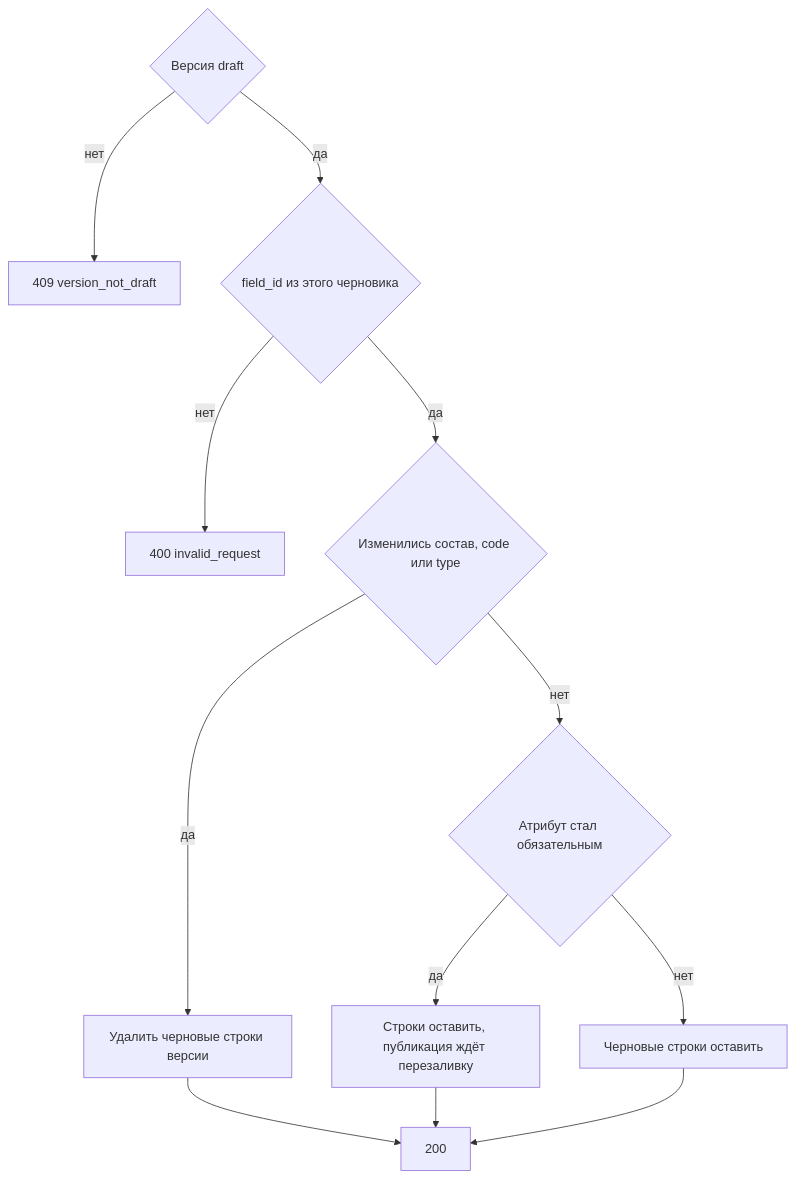
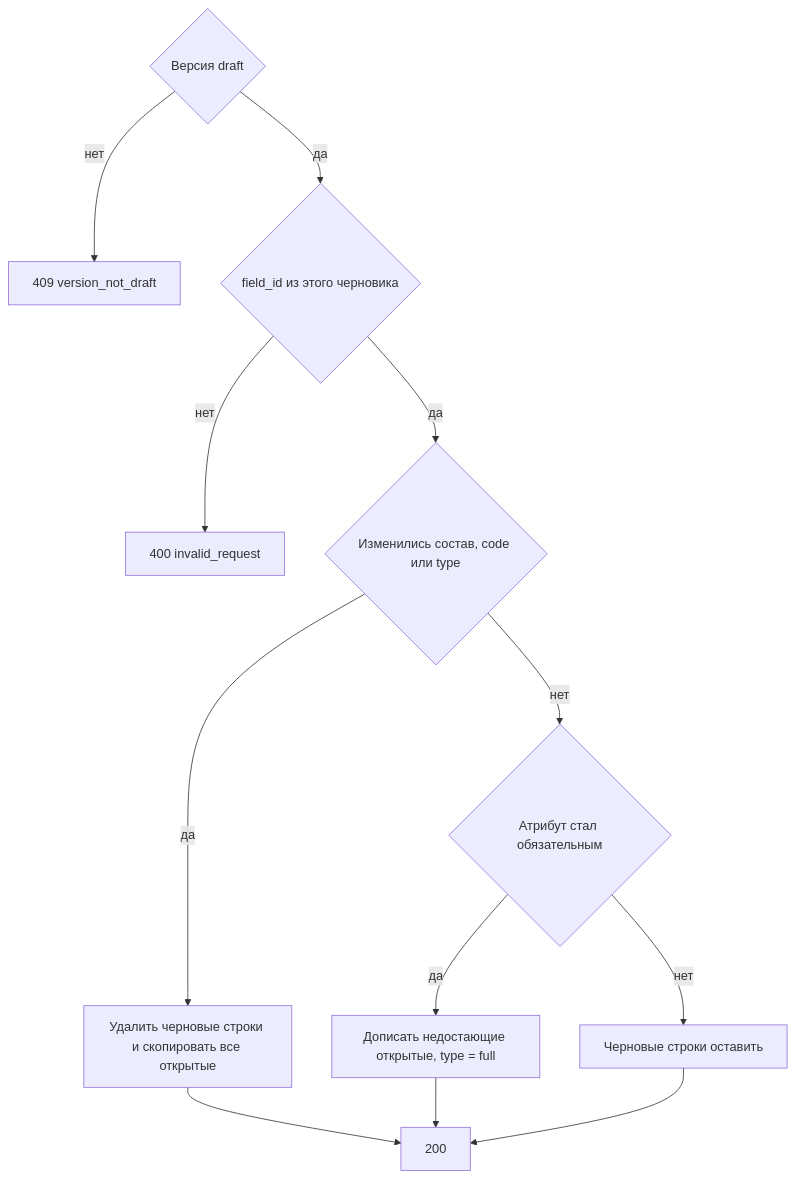
Before and after one commit to StrannikE95/reference_data: the diagram in docs/1. functional/specification/v3 - 1 таблица/api/management.api/MetadataController/patch_version.md, drawn with Mermaid. The commit also changed other lines of this file and 20 other files, not shown here.

````diff
--- a/docs/1. functional/specification/v3 - 1 таблица/api/management.api/MetadataController/patch_version.md
+++ b/docs/1. functional/specification/v3 - 1 таблица/api/management.api/MetadataController/patch_version.md
@@ -95,14 +96,14 @@
 ```mermaid
 flowchart TD
   draft{"Версия draft"} -->|нет| bad["409 version_not_draft"]
   draft -->|да| known{"field_id из этого черновика"}
   known -->|нет| req["400 invalid_request"]
   known -->|да| struct{"Изменились состав, code или type"}
-  struct -->|да| wipe["Удалить черновые строки версии"]
+  struct -->|да| wipe["Удалить черновые строки и скопировать все открытые"]
   struct -->|нет| reqUp{"Атрибут стал обязательным"}
-  reqUp -->|да| keepReq["Строки оставить, публикация ждёт перезаливку"]
+  reqUp -->|да| keepReq["Дописать недостающие открытые, type = full"]
   reqUp -->|нет| keep["Черновые строки оставить"]
   wipe --> ok["200"]
   keepReq --> ok
   keep --> ok
 ```
````
